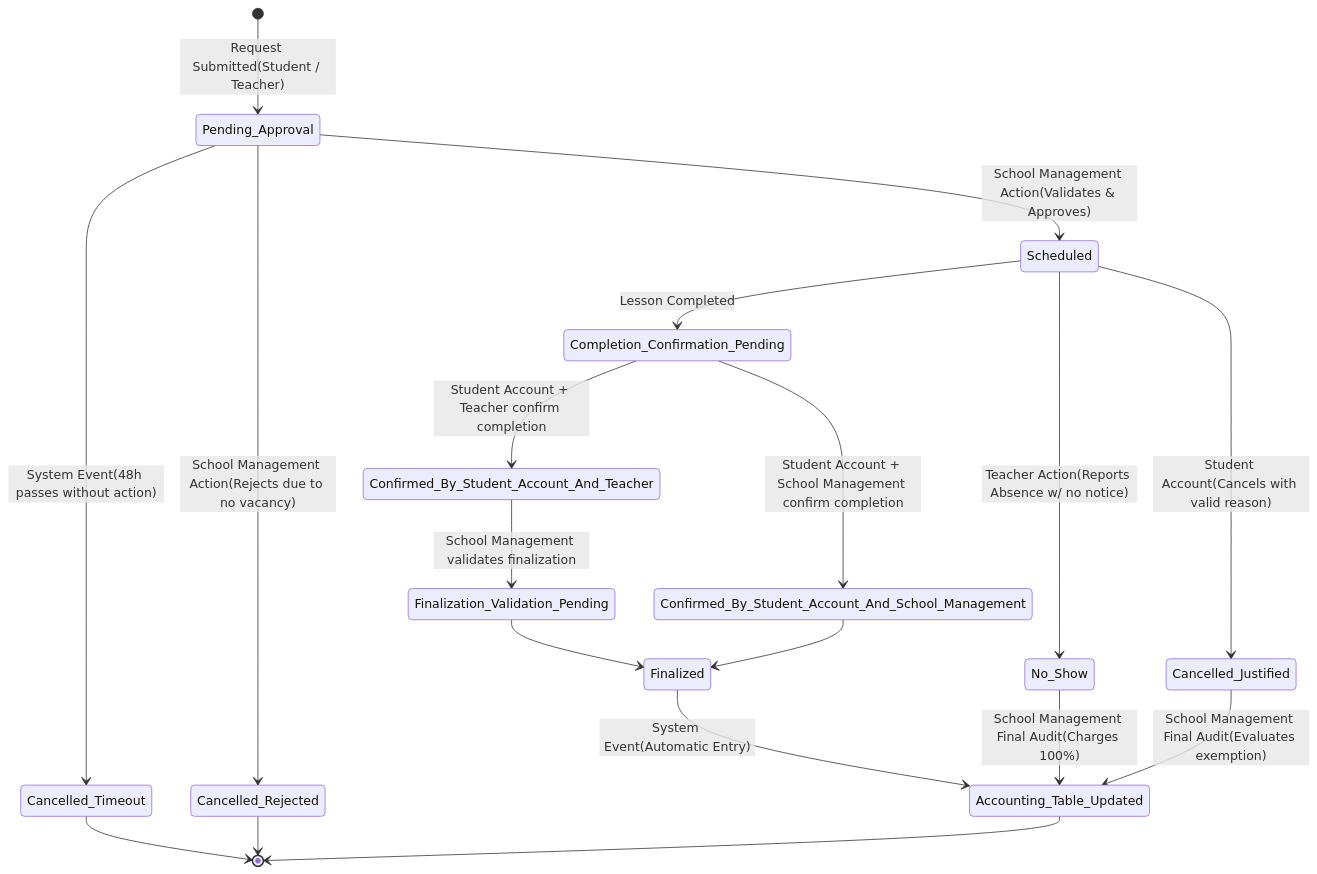
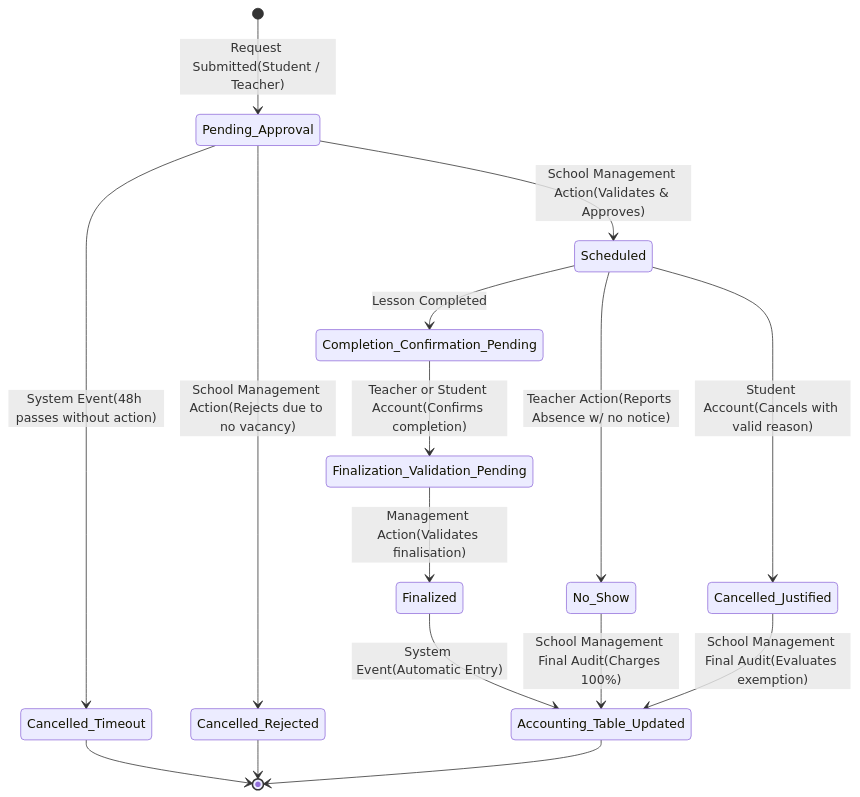
The diagram in diagrams/State Machine Diagram/statediagram.md (NovaLogic-Systems/gestArtes-docs), drawn with Mermaid before and after one commit.

Commit message:
Revise state machine diagram for clarity and flow
Updated the state machine diagram to clarify the post-coaching validation flow and the finalization process.

````diff
--- a/diagrams/State Machine Diagram/statediagram.md
+++ b/diagrams/State Machine Diagram/statediagram.md
@@ -1,39 +1,32 @@
 ```mermaid
 stateDiagram-v2
     direction TB
 
     %% Request start
     [*] --> Pending_Approval : Request Submitted(Student / Teacher)
 
     %% Booking validation
     Pending_Approval --> Scheduled : School Management Action(Validates & Approves)
     Pending_Approval --> Cancelled_Timeout : System Event(48h passes without action)
     Pending_Approval --> Cancelled_Rejected : School Management Action(Rejects due to no vacancy)
 
-    %% Post-coaching flow
+    %% Post-coaching validation flow (Teacher or Student confirms, then Management finalises)
     Scheduled --> Completion_Confirmation_Pending : Lesson Completed
-
-    %% Single account model: parent and student use the same account
-    Completion_Confirmation_Pending --> Confirmed_By_Student_Account_And_Teacher : Student Account + Teacher confirm completion
-    Completion_Confirmation_Pending --> Confirmed_By_Student_Account_And_School_Management : Student Account + School Management confirm completion
-
-    %% Final validation required only when School Management is not already in co-confirmation
-    Confirmed_By_Student_Account_And_Teacher --> Finalization_Validation_Pending : School Management validates finalization
-    Finalization_Validation_Pending --> Finalized
-    Confirmed_By_Student_Account_And_School_Management --> Finalized
+    Completion_Confirmation_Pending --> Finalization_Validation_Pending : Teacher or Student Account(Confirms completion)
+    Finalization_Validation_Pending --> Finalized : Management Action(Validates finalisation)
 
     %% Automatic accounting update
     Finalized --> Accounting_Table_Updated : System Event(Automatic Entry)
 
     %% Exception flow during scheduled lesson
     Scheduled --> No_Show : Teacher Action(Reports Absence w/ no notice)
     Scheduled --> Cancelled_Justified : Student Account(Cancels with valid reason)
 
     No_Show --> Accounting_Table_Updated : School Management Final Audit(Charges 100%)
     Cancelled_Justified --> Accounting_Table_Updated : School Management Final Audit(Evaluates exemption)
 
     %% Final states
     Cancelled_Timeout --> [*]
     Cancelled_Rejected --> [*]
     Accounting_Table_Updated --> [*]
 ```
````
